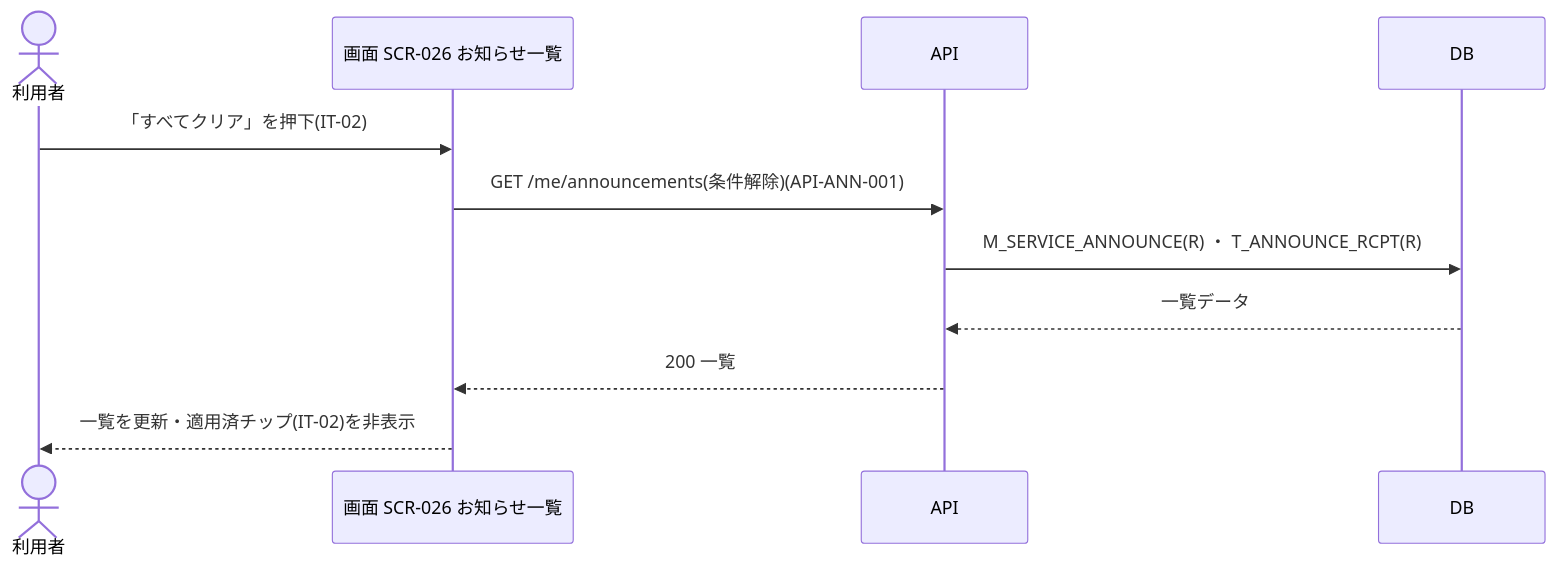
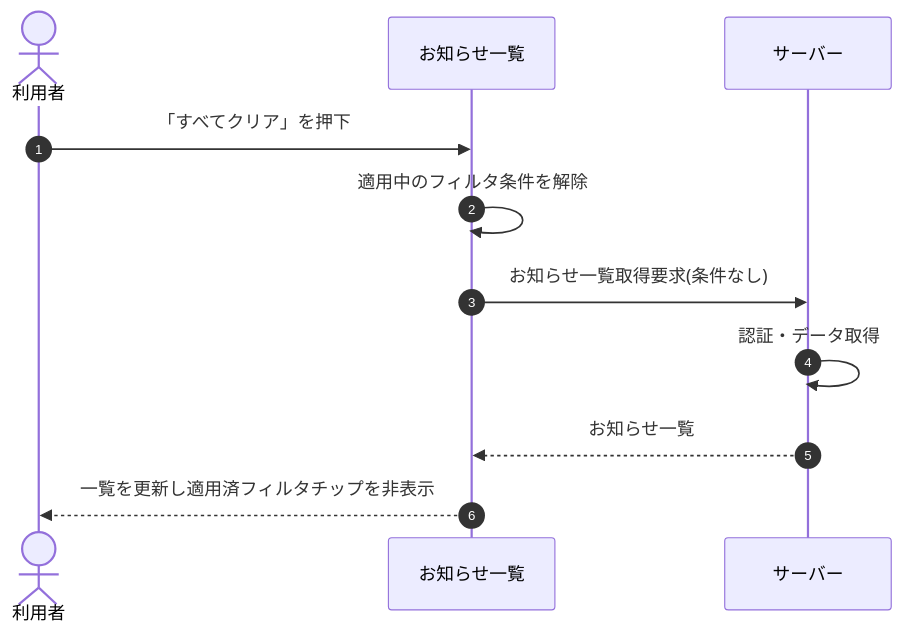
One commit to sikakou54/open-faq changed the diagram in 02_basic_design/05_sequences/SEQ-056.md. Above: the diagram before and after it, drawn with Mermaid. The commit also changed other lines of this file and 108 other files, not shown here.

First line of the commit message:
基本設計: シーケンス図を基本設計粒度(ユーザー/画面/サーバー)へ再編成

````diff
--- a/02_basic_design/05_sequences/SEQ-056.md
+++ b/02_basic_design/05_sequences/SEQ-056.md
@@ -25,13 +32,13 @@
 ```mermaid
 sequenceDiagram
+  autonumber
   actor U as 利用者
-  participant S as 画面 SCR-026 お知らせ一覧
-  participant API as API
-  participant DB as DB
-  U->>S: 「すべてクリア」を押下(IT-02)
-  S->>API: GET /me/announcements(条件解除)(API-ANN-001)
-  API->>DB: M_SERVICE_ANNOUNCE(R) ・ T_ANNOUNCE_RCPT(R)
-  DB-->>API: 一覧データ
-  API-->>S: 200 一覧
-  S-->>U: 一覧を更新・適用済チップ(IT-02)を非表示
+  participant Screen as お知らせ一覧
+  participant Server as サーバー
+  U->>Screen: 「すべてクリア」を押下
+  Screen->>Screen: 適用中のフィルタ条件を解除
+  Screen->>Server: お知らせ一覧取得要求(条件なし)
+  Server->>Server: 認証・データ取得
+  Server-->>Screen: お知らせ一覧
+  Screen-->>U: 一覧を更新し適用済フィルタチップを非表示
 ```
````
